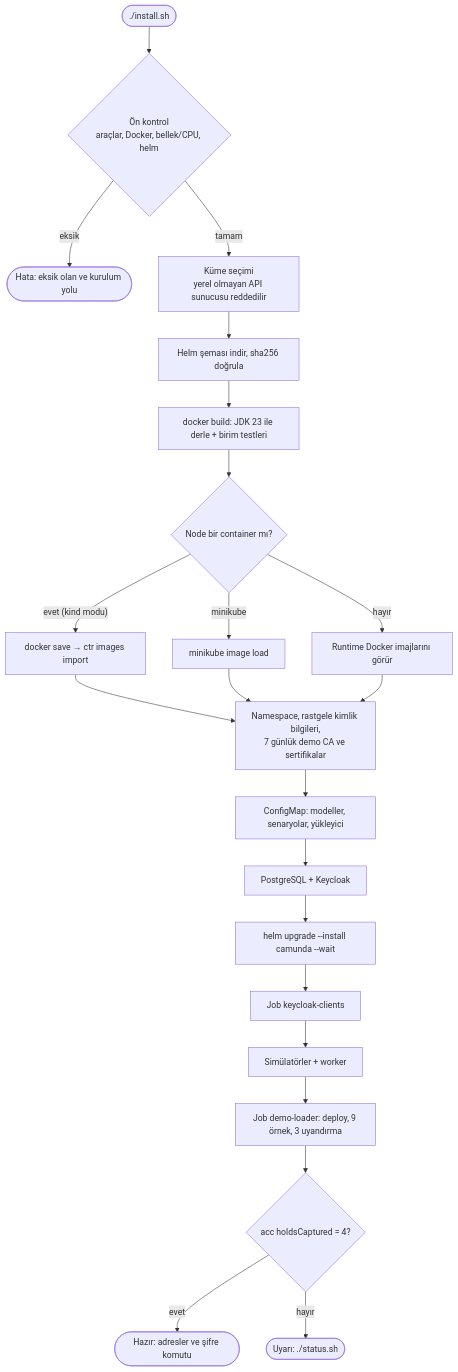
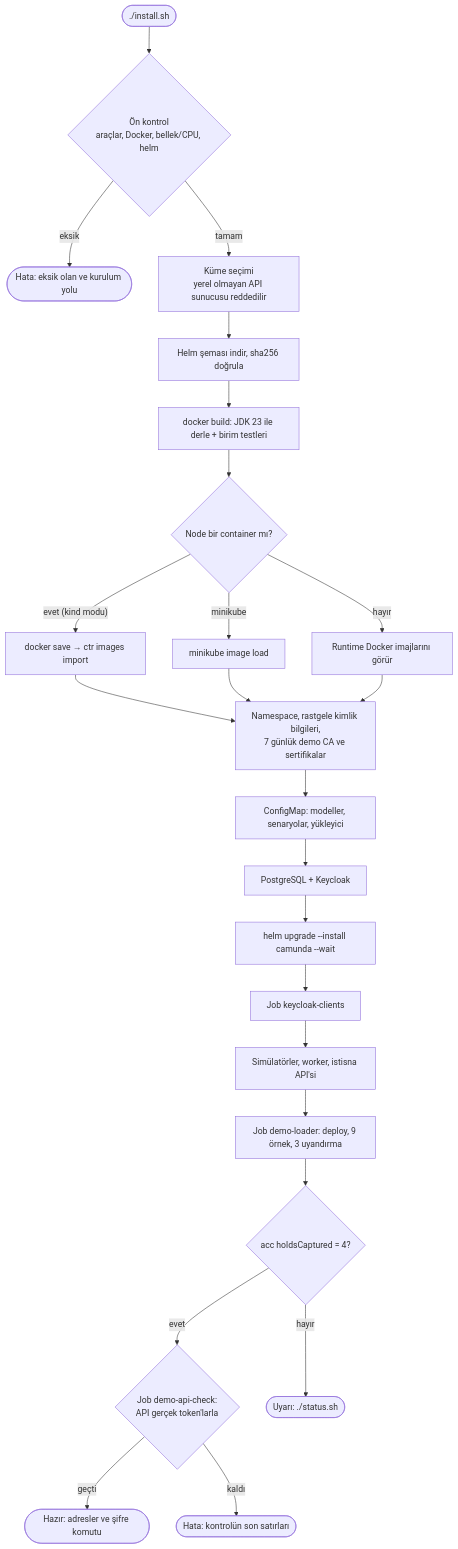
The fourth of 7 diagrams in README.md (COPUR/demo-camunda-k8s), drawn with Mermaid before and after one commit. The commit also changed other lines of this file and 20 other files, not shown here.

First line of the commit message:
payment-exception-api: deploy it with the demo, verify it on real Camunda

````diff
--- a/README.md
+++ b/README.md
@@ -201,22 +210,24 @@
 ```mermaid
 flowchart TD
   A([./install.sh]) --> B{Ön kontrol<br/>araçlar, Docker, bellek/CPU, helm}
   B -- eksik --> X([Hata: eksik olan ve kurulum yolu])
   B -- tamam --> C[Küme seçimi<br/>yerel olmayan API sunucusu reddedilir]
   C --> D[Helm şeması indir, sha256 doğrula]
   D --> E[docker build: JDK 23 ile derle + birim testleri]
   E --> F{Node bir container mı?}
   F -- "evet (kind modu)" --> F1[docker save → ctr images import]
   F -- minikube --> F2[minikube image load]
   F -- hayır --> F3[Runtime Docker imajlarını görür]
   F1 & F2 & F3 --> G[Namespace, rastgele kimlik bilgileri,<br/>7 günlük demo CA ve sertifikalar]
   G --> H[ConfigMap: modeller, senaryolar, yükleyici]
   H --> I[PostgreSQL + Keycloak]
   I --> J[helm upgrade --install camunda --wait]
   J --> K[Job keycloak-clients]
-  K --> L[Simülatörler + worker]
+  K --> L[Simülatörler, worker, istisna API'si]
   L --> M[Job demo-loader: deploy, 9 örnek, 3 uyandırma]
   M --> N{acc holdsCaptured = 4?}
-  N -- evet --> O([Hazır: adresler ve şifre komutu])
+  N -- evet --> Q{Job demo-api-check:<br/>API gerçek token'larla}
+  Q -- geçti --> O([Hazır: adresler ve şifre komutu])
+  Q -- kaldı --> X2([Hata: kontrolün son satırları])
   N -- hayır --> P([Uyarı: ./status.sh])
 ```
````
